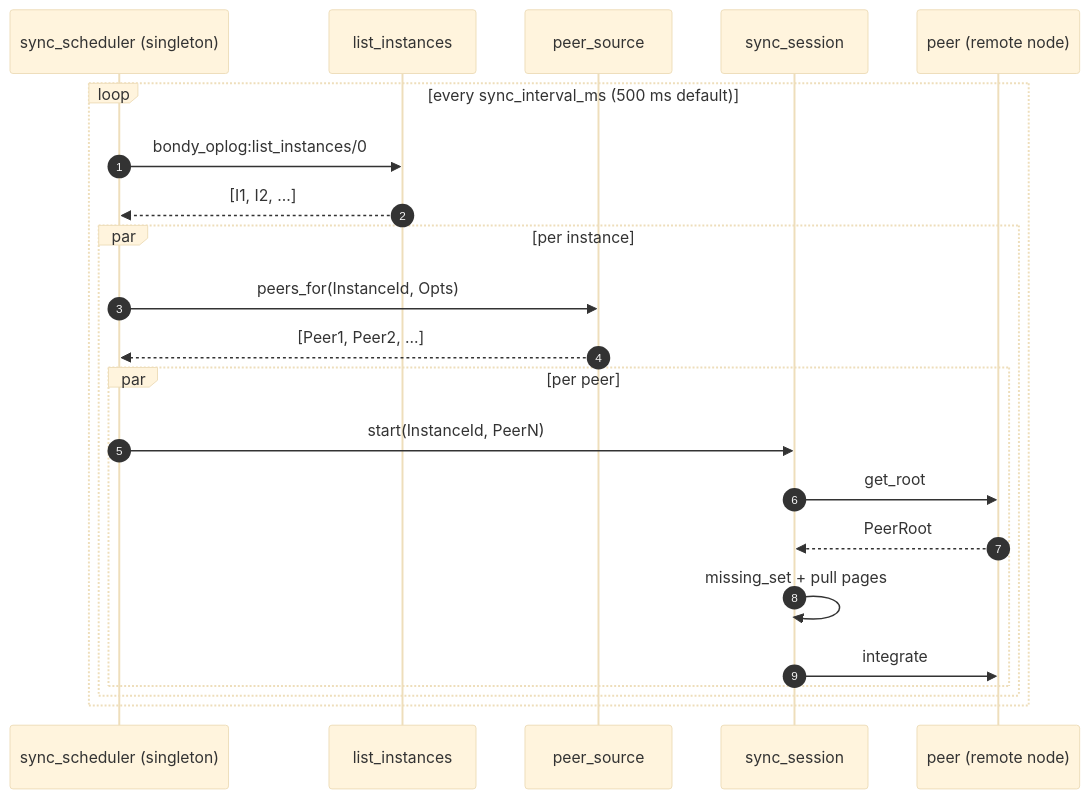
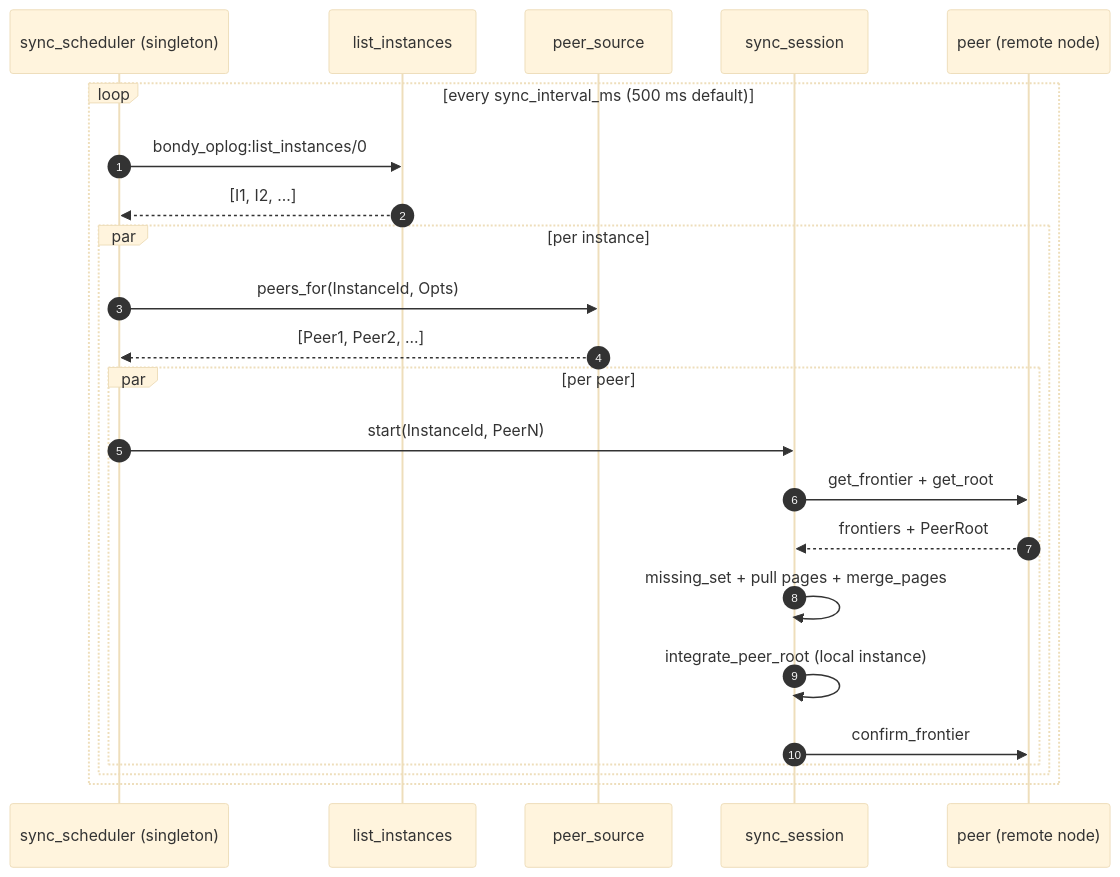
One commit to bondy-io/bondy changed the fifth of 8 diagrams in apps/bondy_db/doc_extras/architecture/01_bondy_oplog.md. Above: the diagram before and after it, drawn with Mermaid (base theme). The commit also changed other lines of this file and 449 other files, not shown here.

````diff
--- a/apps/bondy_db/doc_extras/architecture/01_bondy_oplog.md
+++ b/apps/bondy_db/doc_extras/architecture/01_bondy_oplog.md
@@ -252,25 +270,26 @@
 ```mermaid
 sequenceDiagram
     autonumber
     participant SCHED as sync_scheduler (singleton)
     participant INSTS as list_instances
     participant PS as peer_source
     participant SESS as sync_session
     participant PEER as peer (remote node)
 
     loop every sync_interval_ms (500 ms default)
         SCHED->>INSTS: bondy_oplog:list_instances/0
         INSTS-->>SCHED: [I1, I2, ...]
         par per instance
             SCHED->>PS: peers_for(InstanceId, Opts)
             PS-->>SCHED: [Peer1, Peer2, ...]
             par per peer
                 SCHED->>SESS: start(InstanceId, PeerN)
-                SESS->>PEER: get_root
-                PEER-->>SESS: PeerRoot
-                SESS->>SESS: missing_set + pull pages
-                SESS->>PEER: integrate
+                SESS->>PEER: get_frontier + get_root
+                PEER-->>SESS: frontiers + PeerRoot
+                SESS->>SESS: missing_set + pull pages + merge_pages
+                SESS->>SESS: integrate_peer_root (local instance)
+                SESS->>PEER: confirm_frontier
             end
         end
     end
 ```
````
